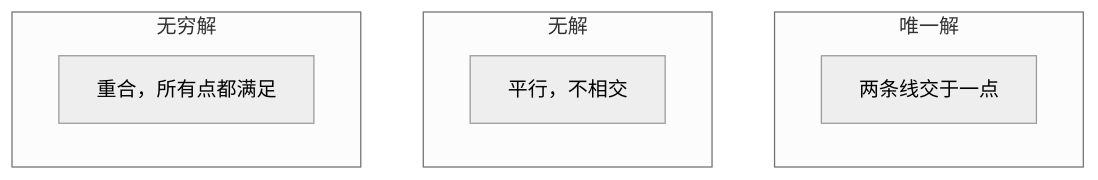
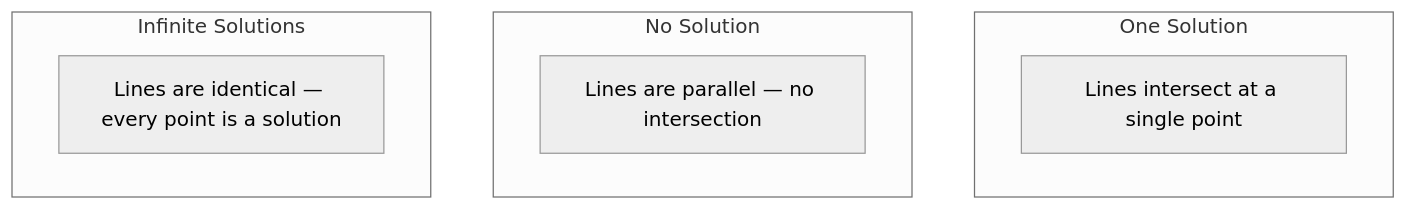
Before and after one commit to omigaZen/ai-engineering-from-scratch: the second of 2 diagrams in phases/01-math-foundations/17-linear-systems/docs/zh.md, drawn with Mermaid (neutral theme). The commit also changed other lines of this file and 9 other files, not shown here.

````diff
--- a/phases/01-math-foundations/17-linear-systems/docs/zh.md
+++ b/phases/01-math-foundations/17-linear-systems/docs/zh.md
@@ -44,12 +44,12 @@
 ```mermaid
 graph TD
-    subgraph "唯一解"
-        A1["两条线交于一点"]
+    subgraph "One Solution"
+        A1["Lines intersect at a single point"]
     end
-    subgraph "无解"
-        A2["平行，不相交"]
+    subgraph "No Solution"
+        A2["Lines are parallel — no intersection"]
     end
-    subgraph "无穷解"
-        A3["重合，所有点都满足"]
+    subgraph "Infinite Solutions"
+        A3["Lines are identical — every point is a solution"]
     end
 ```
````
